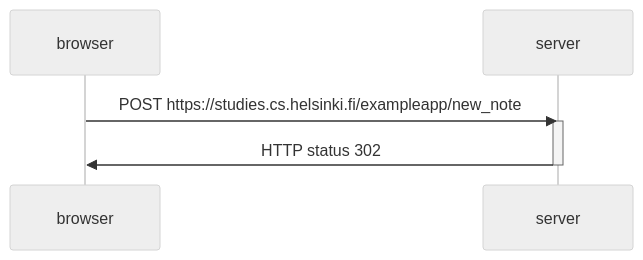
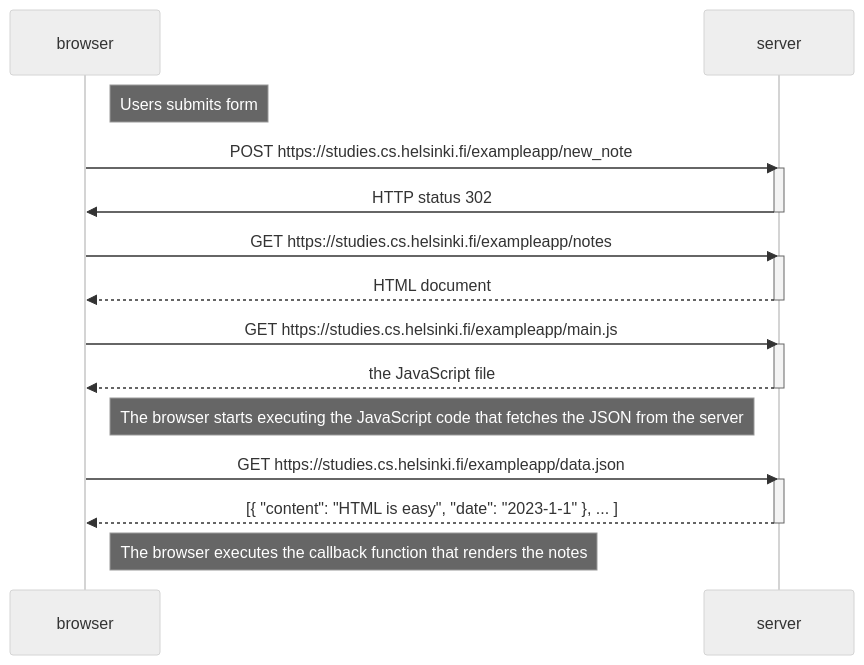
The diagram in part0/part0-4.md (EimantasPusinskas/uoh), drawn with Mermaid (neutral theme) before and after one commit.

````diff
--- a/part0/part0-4.md
+++ b/part0/part0-4.md
@@ -3,11 +3,32 @@
 ```mermaid
 sequenceDiagram
     participant browser
     participant server
 
+    Note right of browser: Users submits form
     browser->>server: POST https://studies.cs.helsinki.fi/exampleapp/new_note
     activate server
     server->>browser: HTTP status 302
-    deactivate server   
+    deactivate server
+
+    browser->>server: GET https://studies.cs.helsinki.fi/exampleapp/notes
+    activate server
+    server-->>browser: HTML document
+    deactivate server
+
+     browser->>server: GET https://studies.cs.helsinki.fi/exampleapp/main.js
+    activate server
+    server-->>browser: the JavaScript file
+    deactivate server
+
+    Note right of browser: The browser starts executing the JavaScript code that fetches the JSON from the server
+
+    browser->>server: GET https://studies.cs.helsinki.fi/exampleapp/data.json
+    activate server
+    server-->>browser: [{ "content": "HTML is easy", "date": "2023-1-1" }, ... ]
+    deactivate server
+
+    Note right of browser: The browser executes the callback function that renders the notes
+
 
 ```
````
